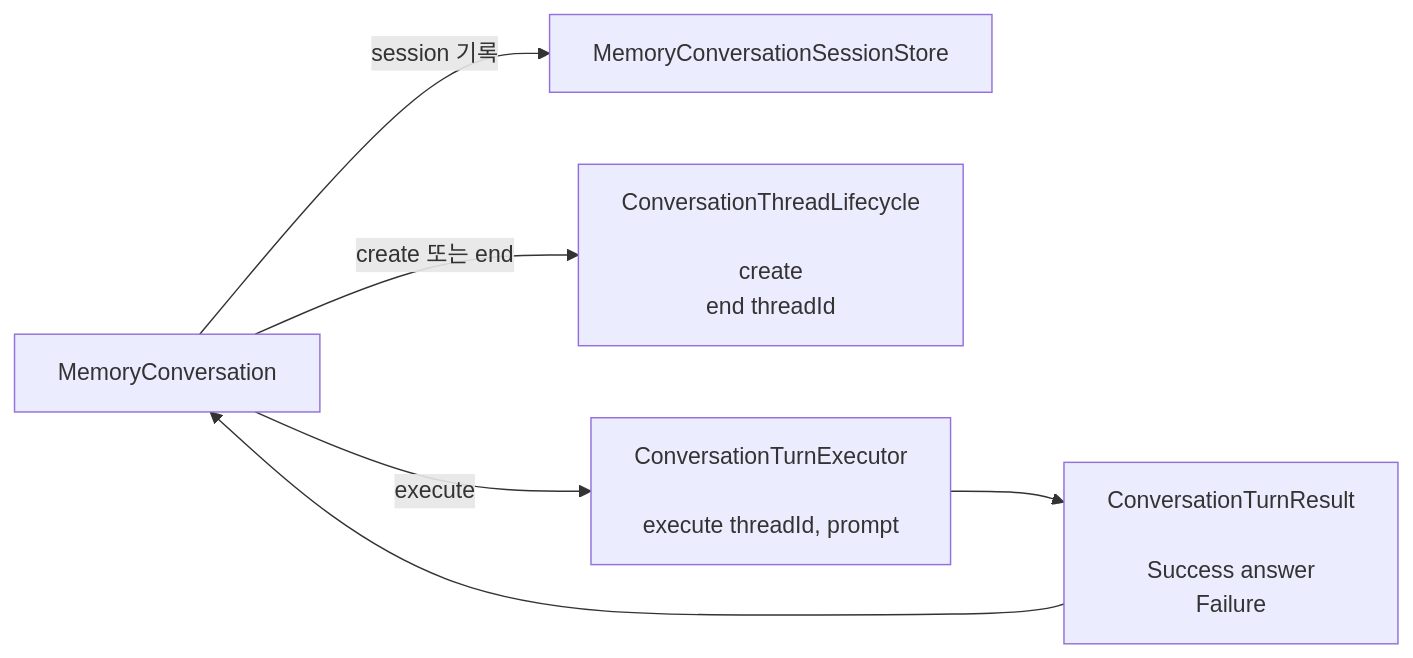
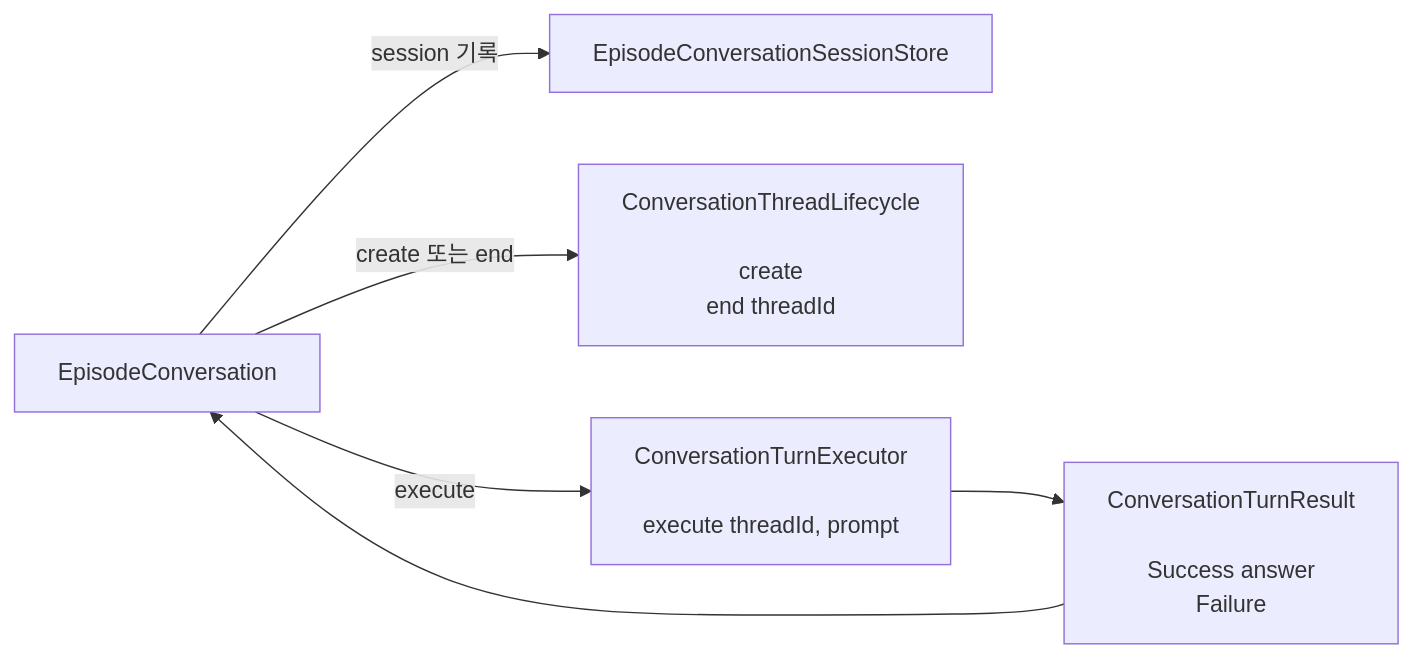
One commit to magenta1223/home_assistant changed the third of 4 diagrams in docs/todolist/done/conversation-thread-lifecycle-separation.md. Above: the diagram before and after it, drawn with Mermaid. The commit also changed other lines of this file and 321 other files, not shown here.

Commit message:
Rename Memory to Episode and Topic to Component

````diff
--- a/docs/todolist/done/conversation-thread-lifecycle-separation.md
+++ b/docs/todolist/done/conversation-thread-lifecycle-separation.md
@@ -73,14 +73,14 @@
 ```mermaid
 flowchart LR
-    Conversation[MemoryConversation]
-    Sessions[MemoryConversationSessionStore]
+    Conversation[EpisodeConversation]
+    Sessions[EpisodeConversationSessionStore]
     Lifecycle[ConversationThreadLifecycle<br/><br/>create<br/>end threadId]
     Executor[ConversationTurnExecutor<br/><br/>execute threadId, prompt]
     Result[ConversationTurnResult<br/><br/>Success answer<br/>Failure]
 
     Conversation -->|create 또는 end| Lifecycle
     Conversation -->|execute| Executor
     Executor --> Result
     Result --> Conversation
     Conversation -->|session 기록| Sessions
 ```
````
